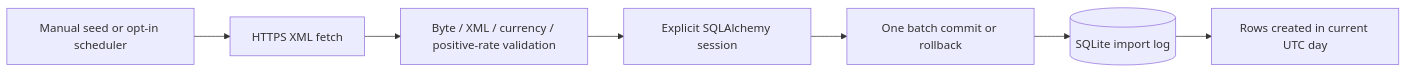
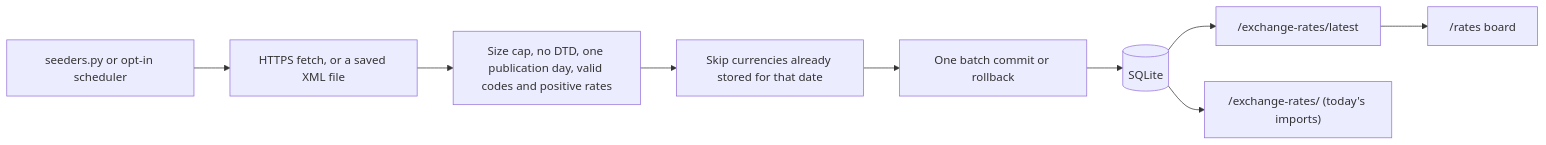
The diagram in readme.md (DevCipher-blip/fx-rate-api), drawn with Mermaid before and after one commit. The commit also changed other lines of this file and 4 other files, not shown here.

First line of the commit message:
Rewrite the README around publication dates and the rates board

````diff
--- a/readme.md
+++ b/readme.md
@@ -36,9 +90,11 @@
 ```mermaid
 flowchart LR
-  M[Manual seed or opt-in scheduler] --> F[HTTPS XML fetch]
-  F --> V[Byte / XML / currency / positive-rate validation]
-  V --> S[Explicit SQLAlchemy session]
+  M[seeders.py or opt-in scheduler] --> F[HTTPS fetch, or a saved XML file]
+  F --> V[Size cap, no DTD, one publication day, valid codes and positive rates]
+  V --> S[Skip currencies already stored for that date]
   S --> T[One batch commit or rollback]
-  T --> D[(SQLite import log)]
-  D --> A[Rows created in current UTC day]
+  T --> D[(SQLite)]
+  D --> L["/exchange-rates/latest"]
+  D --> I["/exchange-rates/ (today's imports)"]
+  L --> B["/rates board"]
 ```
````
